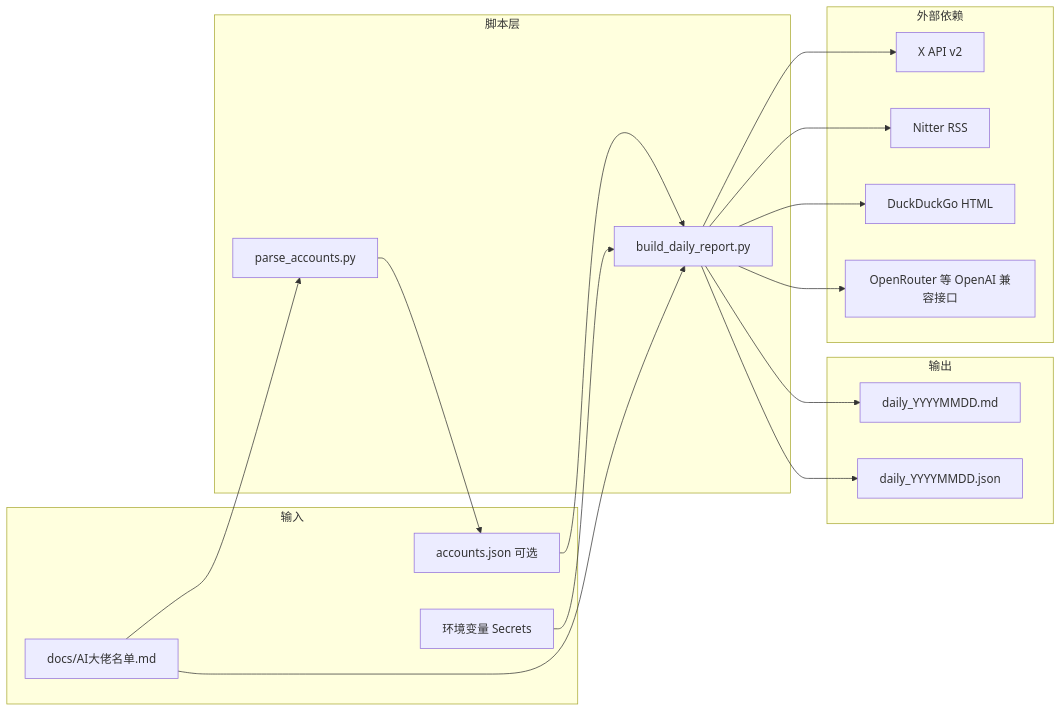
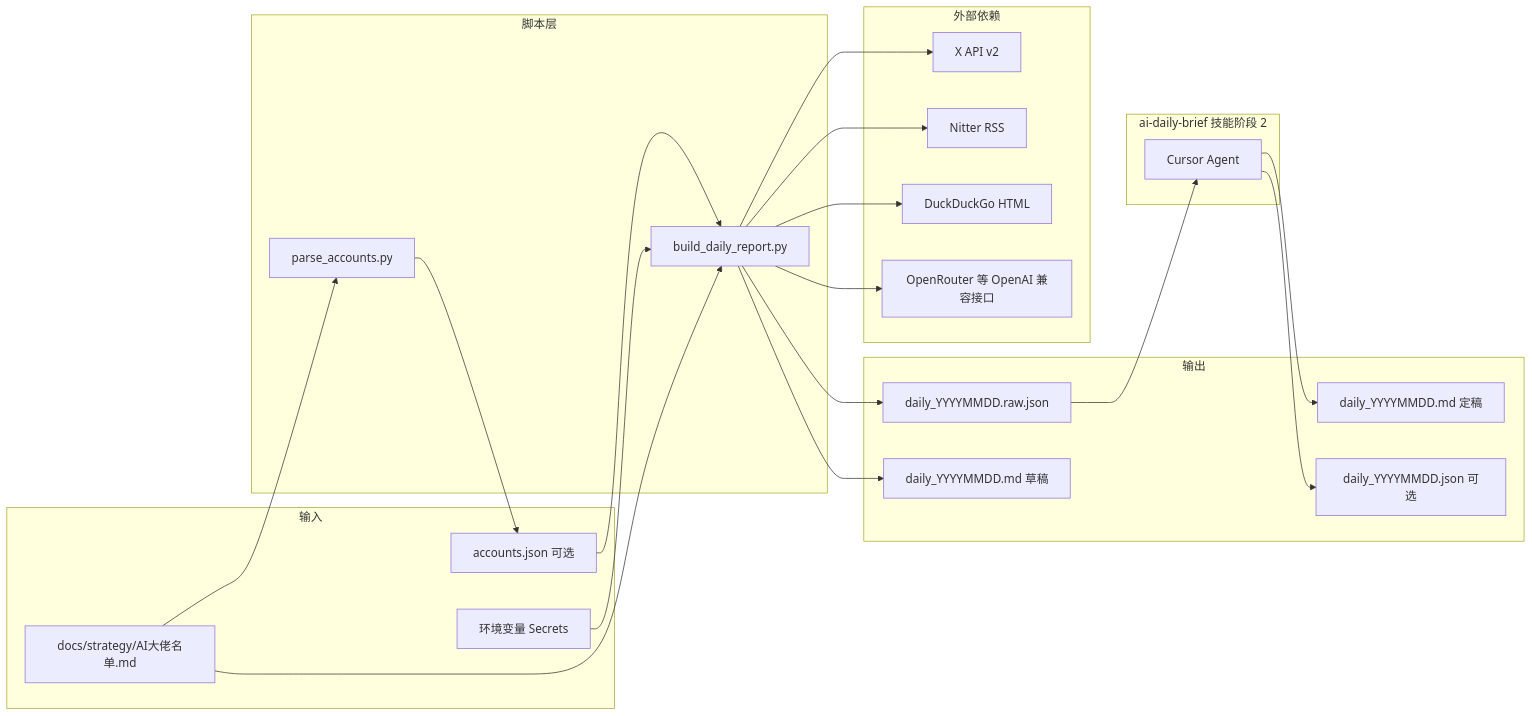
Before and after one commit to chengkj99/kj-skills: the diagram in skills/ai-daily-brief/references/implementation.md, drawn with Mermaid. The commit also changed other lines of this file and 17 other files, not shown here.

````diff
--- a/skills/ai-daily-brief/references/implementation.md
+++ b/skills/ai-daily-brief/references/implementation.md
@@ -23,33 +24,41 @@
 ```mermaid
 flowchart LR
   subgraph inputs [输入]
-    MD[docs/AI大佬名单.md]
+    MD[docs/strategy/AI大佬名单.md]
     ACC[accounts.json 可选]
     ENV[环境变量 Secrets]
   end
   subgraph scripts [脚本层]
     PA[parse_accounts.py]
     BR[build_daily_report.py]
   end
   subgraph external [外部依赖]
     XAPI[X API v2]
     NIT[Nitter RSS]
     DDG[DuckDuckGo HTML]
     LLM[OpenRouter 等 OpenAI 兼容接口]
   end
   subgraph outputs [输出]
-    OUTMD[daily_YYYYMMDD.md]
-    OUTJSON[daily_YYYYMMDD.json]
+    RAW[daily_YYYYMMDD.raw.json]
+    DRAFT[daily_YYYYMMDD.md 草稿]
+    OUTMD[daily_YYYYMMDD.md 定稿]
+    OUTJSON[daily_YYYYMMDD.json 可选]
+  end
+  subgraph skill [ai-daily-brief 技能阶段 2]
+    AGENT[Cursor Agent]
   end
   MD --> PA
   PA --> ACC
   MD --> BR
   ACC --> BR
   ENV --> BR
   BR --> XAPI
   BR --> NIT
   BR --> DDG
   BR --> LLM
-  BR --> OUTMD
-  BR --> OUTJSON
+  BR --> RAW
+  BR --> DRAFT
+  RAW --> AGENT
+  AGENT --> OUTMD
+  AGENT --> OUTJSON
 ```
````
